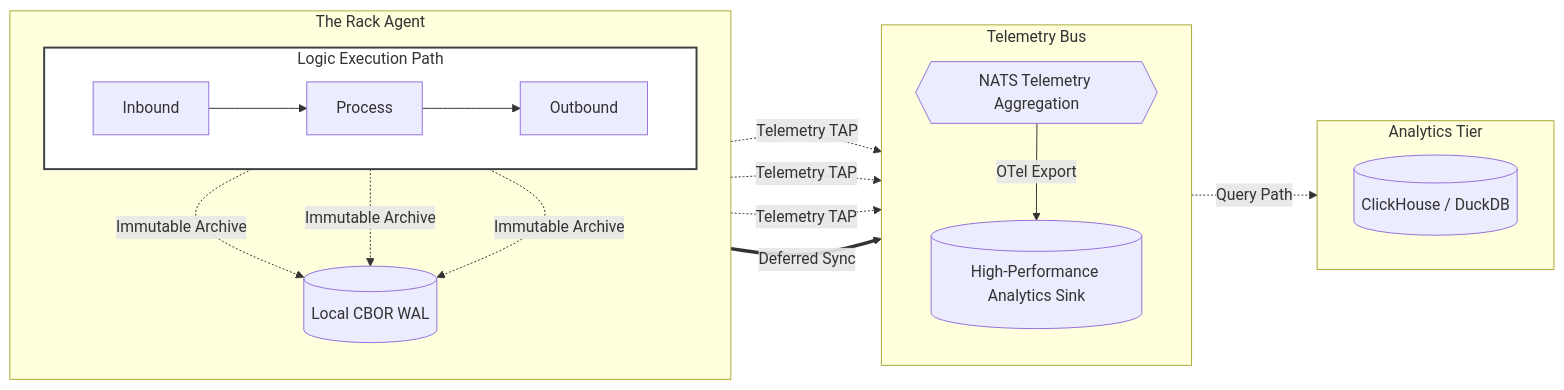
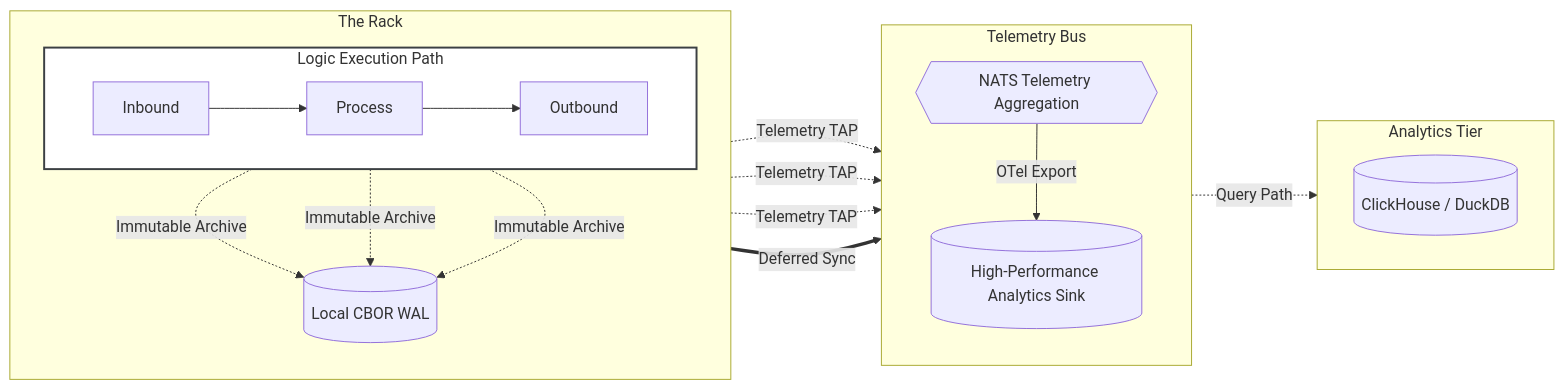
The diagram in docs/architecture/observability.md (fluxrig/website), drawn with Mermaid before and after one commit. The commit also changed other lines of this file and 38 other files, not shown here.

````diff
--- a/docs/architecture/observability.md
+++ b/docs/architecture/observability.md
@@ -55,40 +55,40 @@
 ```mermaid
 graph LR
-    subgraph Rack ["The Rack Agent"]
+    subgraph Rack ["The Rack"]
         direction TB
         subgraph Pipeline ["Logic Execution Path"]
             direction LR
             In[Inbound] --> Proc[Process] --> Out[Outbound]
         end
         WAL[("Local CBOR WAL")]
     end
 
     subgraph Bus ["Telemetry Bus"]
         direction TB
         NATS{{"NATS Telemetry Aggregation"}}
         Store[("High-Performance Analytics Sink")]
         NATS -->|OTel Export| Store
     end
 
     subgraph Sink ["Analytics Tier"]
         direction LR
         CH[("ClickHouse / DuckDB")]
     end
     Store -.->|Query Path| CH
 
     %% Telemetry TAPs
     In -.->|"Telemetry TAP"| NATS
     Proc -.->|"Telemetry TAP"| NATS
     Out -.->|"Telemetry TAP"| NATS
 
     %% Local Sovereignty Flow
     In -.->|Immutable Archive| WAL
     Proc -.->|Immutable Archive| WAL
     Out -.->|Immutable Archive| WAL
     
     %% Sync Path
     WAL == "Deferred Sync" ==> Store
 
     classDef gear fill:#ffffff,stroke:#3c4043,stroke-width:2px;
     class Pipeline gear;
 ```
````
